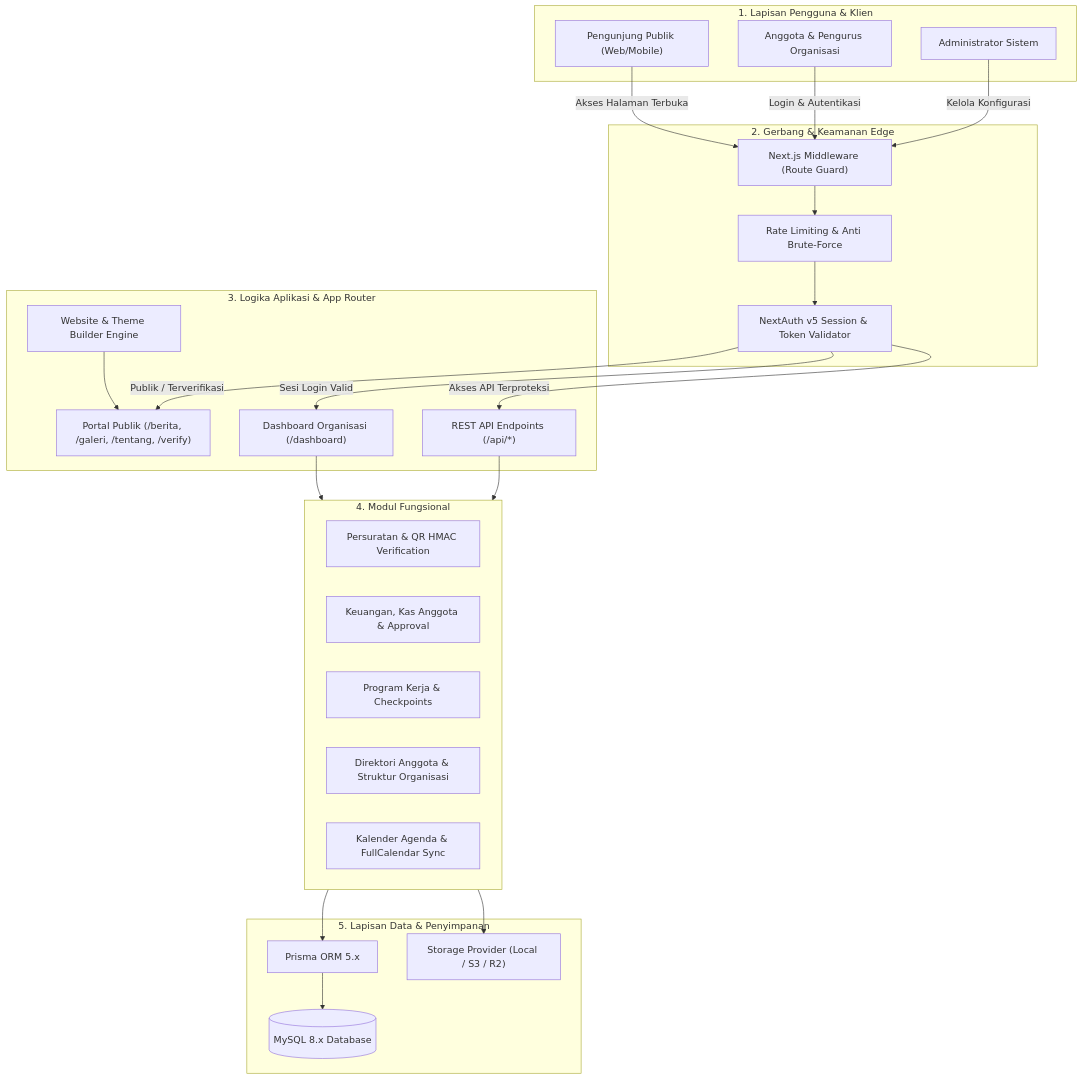
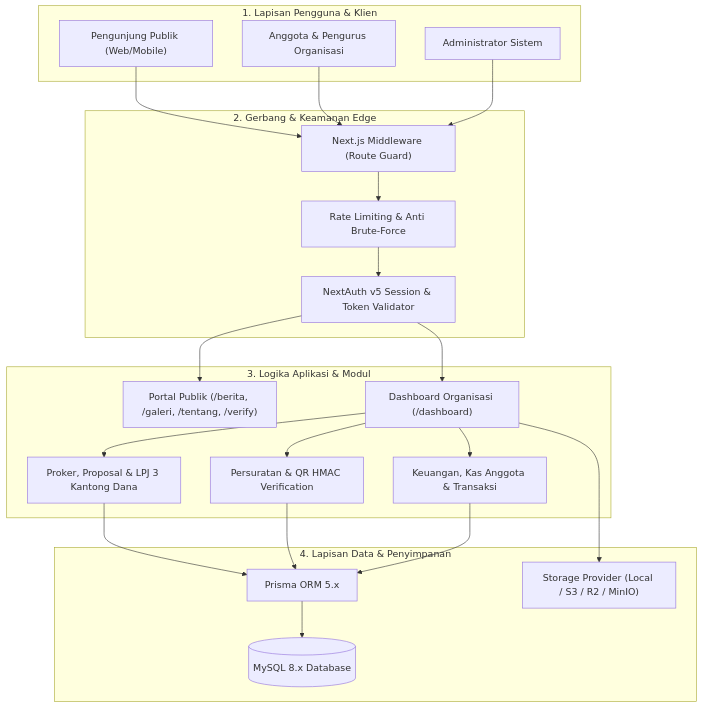
The diagram in README.md (ibnuasyi/HubbHQ), drawn with Mermaid before and after one commit. The commit also changed other lines of this file and 200 other files, not shown here.

Commit message:
feat: release v1.2.0 - Studio E-Sertifikat terpadu, modul organisasi, dan security hardening menyeluruh

````diff
--- a/README.md
+++ b/README.md
@@ -124,54 +138,45 @@
 ```mermaid
 flowchart TD
     subgraph Klien["1. Lapisan Pengguna & Klien"]
         PublicUser["Pengunjung Publik (Web/Mobile)"]
         MemberUser["Anggota & Pengurus Organisasi"]
         AdminUser["Administrator Sistem"]
     end
 
     subgraph Gerbang["2. Gerbang & Keamanan Edge"]
         Middleware["Next.js Middleware (Route Guard)"]
         RateLimiter["Rate Limiting & Anti Brute-Force"]
         AuthCheck["NextAuth v5 Session & Token Validator"]
     end
 
-    subgraph Inti["3. Logika Aplikasi & App Router"]
+    subgraph Inti["3. Logika Aplikasi & Modul"]
         PublicRoutes["Portal Publik (/berita, /galeri, /tentang, /verify)"]
         DashboardApp["Dashboard Organisasi (/dashboard)"]
-        CMSBuilder["Website & Theme Builder Engine"]
-        APILayer["REST API Endpoints (/api/*)"]
+        ModProker["Proker, Proposal & LPJ 3 Kantong Dana"]
+        ModSurat["Persuratan & QR HMAC Verification"]
+        ModKeuangan["Keuangan, Kas Anggota & Transaksi"]
     end
 
-    subgraph Modul["4. Modul Fungsional"]
-        ModSurat["Persuratan & QR HMAC Verification"]
-        ModKeuangan["Keuangan, Kas Anggota & Approval"]
-        ModProker["Program Kerja & Checkpoints"]
-        ModAnggota["Direktori Anggota & Struktur Organisasi"]
-        ModKalender["Kalender Agenda & FullCalendar Sync"]
+    subgraph DataStore["4. Lapisan Data & Penyimpanan"]
+        PrismaORM["Prisma ORM 5.x"]
+        Database[("MySQL 8.x Database")]
+        StorageSystem["Storage Provider (Local / S3 / R2 / MinIO)"]
     end
 
-    subgraph DataStore["5. Lapisan Data & Penyimpanan"]
-        PrismaORM["Prisma ORM 5.x"]
-        Database[("MySQL 8.x Database")]
-        StorageSystem["Storage Provider (Local / S3 / R2)"]
-    end
+    PublicUser --> Middleware
+    MemberUser --> Middleware
+    AdminUser --> Middleware
 
-    PublicUser -->|Akses Halaman Terbuka| Middleware
-    MemberUser -->|Login & Autentikasi| Middleware
-    AdminUser -->|Kelola Konfigurasi| Middleware
+    Middleware --> RateLimiter --> AuthCheck
+    AuthCheck --> PublicRoutes
+    AuthCheck --> DashboardApp
+    DashboardApp --> ModProker
+    DashboardApp --> ModSurat
+    DashboardApp --> ModKeuangan
 
-    Middleware --> RateLimiter
-    RateLimiter --> AuthCheck
-
-    AuthCheck -->|Publik / Terverifikasi| PublicRoutes
-    AuthCheck -->|Sesi Login Valid| DashboardApp
-    AuthCheck -->|Akses API Terproteksi| APILayer
-
-    DashboardApp --> Modul
-    CMSBuilder --> PublicRoutes
-    APILayer --> Modul
-
-    Modul --> PrismaORM
-    Modul --> StorageSystem
+    ModProker --> PrismaORM
+    ModSurat --> PrismaORM
+    ModKeuangan --> PrismaORM
+    DashboardApp --> StorageSystem
     PrismaORM --> Database
 ```
````
